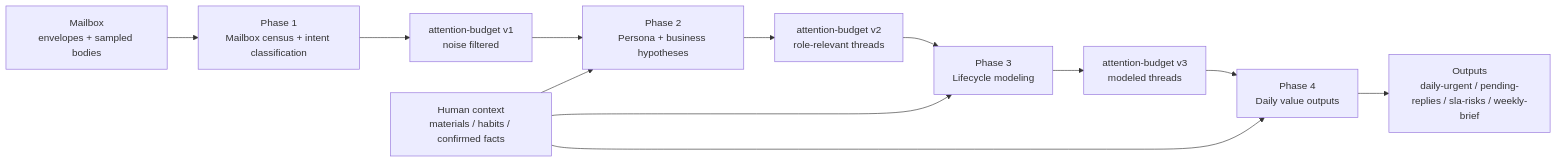
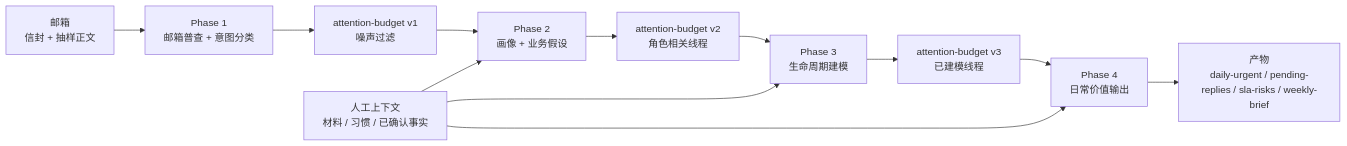
One commit to caapapx/email-bot changed the diagram in README.zh.md. Above: the diagram before and after it, drawn with Mermaid. The commit also changed other lines of this file and 6 other files, not shown here.

````diff
--- a/README.zh.md
+++ b/README.zh.md
@@ -62,18 +167,18 @@
 ```mermaid
 flowchart LR
-    M["Mailbox<br/>envelopes + sampled bodies"]
-    C["Human context<br/>materials / habits / confirmed facts"]
-    P1["Phase 1<br/>Mailbox census + intent classification"]
-    B1["attention-budget v1<br/>noise filtered"]
-    P2["Phase 2<br/>Persona + business hypotheses"]
-    B2["attention-budget v2<br/>role-relevant threads"]
-    P3["Phase 3<br/>Lifecycle modeling"]
-    B3["attention-budget v3<br/>modeled threads"]
-    P4["Phase 4<br/>Daily value outputs"]
-    O["Outputs<br/>daily-urgent / pending-replies / sla-risks / weekly-brief"]
+    M["邮箱<br/>信封 + 抽样正文"]
+    C["人工上下文<br/>材料 / 习惯 / 已确认事实"]
+    P1["Phase 1<br/>邮箱普查 + 意图分类"]
+    B1["attention-budget v1<br/>噪声过滤"]
+    P2["Phase 2<br/>画像 + 业务假设"]
+    B2["attention-budget v2<br/>角色相关线程"]
+    P3["Phase 3<br/>生命周期建模"]
+    B3["attention-budget v3<br/>已建模线程"]
+    P4["Phase 4<br/>日常价值输出"]
+    O["产物<br/>daily-urgent / pending-replies / sla-risks / weekly-brief"]
 
     M --> P1 --> B1 --> P2 --> B2 --> P3 --> B3 --> P4 --> O
     C --> P2
     C --> P3
     C --> P4
 ```
````
